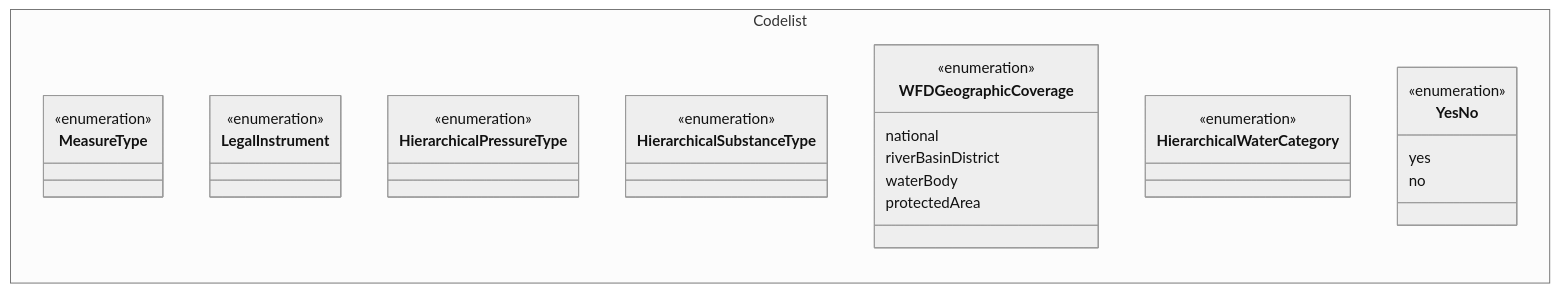
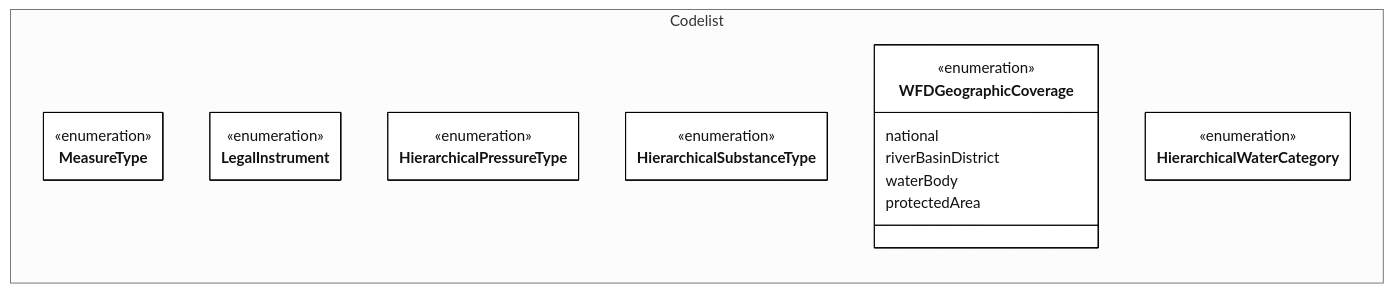
Before and after one commit to eeadata/WISE.WFD.Documentation: the diagram in docs/DataModelReview/mmd/Measures_MeasureCodelist_4thCycle_ClassDiagram.mmd, drawn with Mermaid. The commit also changed 17 other files, not shown here.

Commit message:
Revised diagrams

```diff
--- a/docs/DataModelReview/mmd/Measures_MeasureCodelist_4thCycle_ClassDiagram.mmd
+++ b/docs/DataModelReview/mmd/Measures_MeasureCodelist_4thCycle_ClassDiagram.mmd
@@ -1,32 +1,37 @@
-%%{init : {'theme' : 'neutral'}}%%
+---
+config:
+  class:
+    hideEmptyMembersBox: true
+  layout: dagre
+  theme: neutral
+---
 classDiagram
 direction LR
 namespace Codelist{
 class MeasureType{
     <<enumeration>>
     }
 class LegalInstrument{
     <<enumeration>>
     }
 class HierarchicalPressureType{
     <<enumeration>>
     }
 class HierarchicalSubstanceType{
     <<enumeration>>
     }
 class WFDGeographicCoverage{
     <<enumeration>>
     national
     riverBasinDistrict
     waterBody
     protectedArea
     }
 class HierarchicalWaterCategory{
     <<enumeration>>
     }    
-class YesNo{
-    <<enumeration>>
-    yes
-    no
-    }    
 }
+
+
+classDef default fill:white,stroke:#000;
+classDef forFixing fill:white,stroke:#f00;
```
